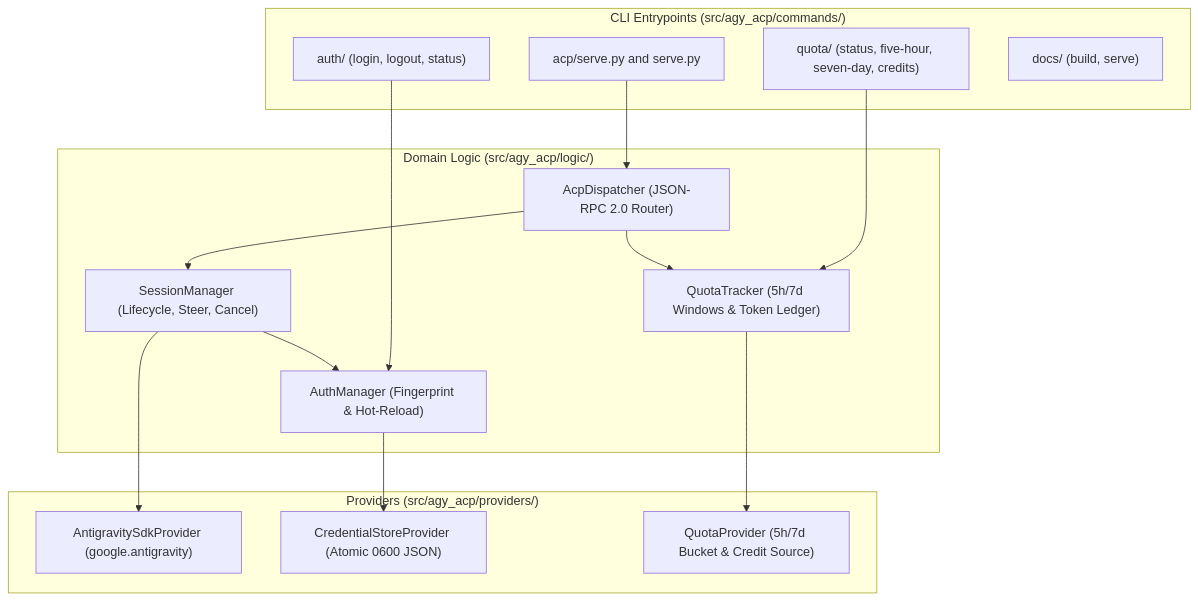
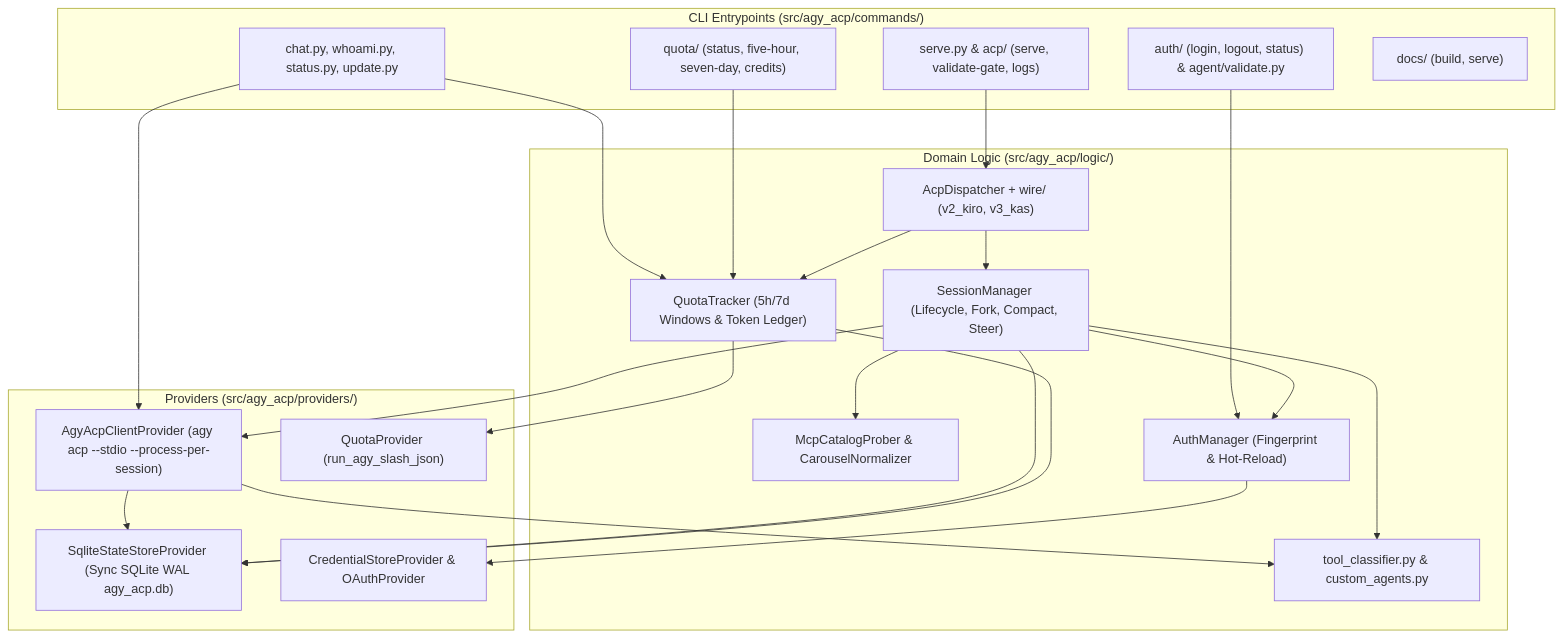
The diagram in docs/design/architecture.md (benwart/agy-acp), drawn with Mermaid before and after one commit. The commit also changed other lines of this file and 13 other files, not shown here.

Commit message:
docs(acp): update architecture, design, requirements, and runbooks for agy acp subprocess bridge

````diff
--- a/docs/design/architecture.md
+++ b/docs/design/architecture.md
@@ -5,32 +5,44 @@
 ```mermaid
 flowchart TD
     subgraph CLI["CLI Entrypoints (src/agy_acp/commands/)"]
-        CMD_Serve["acp/serve.py and serve.py"]
-        CMD_Auth["auth/ (login, logout, status)"]
+        CMD_Serve["serve.py & acp/ (serve, validate-gate, logs)"]
+        CMD_Chat["chat.py, whoami.py, status.py, update.py"]
+        CMD_Auth["auth/ (login, logout, status) & agent/validate.py"]
         CMD_Quota["quota/ (status, five-hour, seven-day, credits)"]
         CMD_Docs["docs/ (build, serve)"]
     end
 
     subgraph Logic["Domain Logic (src/agy_acp/logic/)"]
-        Dispatcher["AcpDispatcher (JSON-RPC 2.0 Router)"]
-        SessionMgr["SessionManager (Lifecycle, Steer, Cancel)"]
+        Dispatcher["AcpDispatcher + wire/ (v2_kiro, v3_kas)"]
+        SessionMgr["SessionManager (Lifecycle, Fork, Compact, Steer)"]
+        Classifier["tool_classifier.py & custom_agents.py"]
+        Prober["McpCatalogProber & CarouselNormalizer"]
         AuthMgr["AuthManager (Fingerprint & Hot-Reload)"]
         QuotaTracker["QuotaTracker (5h/7d Windows & Token Ledger)"]
     end
 
     subgraph Providers["Providers (src/agy_acp/providers/)"]
-        SDK_Provider["AntigravitySdkProvider (google.antigravity)"]
-        Cred_Store["CredentialStoreProvider (Atomic 0600 JSON)"]
-        Quota_Provider["QuotaProvider (5h/7d Bucket & Credit Source)"]
+        Acp_Client["AgyAcpClientProvider (agy acp --stdio --process-per-session)"]
+        State_Store["SqliteStateStoreProvider (Sync SQLite WAL agy_acp.db)"]
+        Cred_Store["CredentialStoreProvider & OAuthProvider"]
+        Quota_Provider["QuotaProvider (run_agy_slash_json)"]
     end
 
     CMD_Serve --> Dispatcher
+    CMD_Chat --> Acp_Client
+    CMD_Chat --> QuotaTracker
     CMD_Auth --> AuthMgr
     CMD_Quota --> QuotaTracker
     Dispatcher --> SessionMgr
     Dispatcher --> QuotaTracker
     SessionMgr --> AuthMgr
-    SessionMgr --> SDK_Provider
+    SessionMgr --> Acp_Client
+    SessionMgr --> State_Store
+    SessionMgr --> Classifier
+    SessionMgr --> Prober
+    Acp_Client --> Classifier
+    Acp_Client --> State_Store
     AuthMgr --> Cred_Store
     QuotaTracker --> Quota_Provider
+    QuotaTracker --> State_Store
 ```
````
